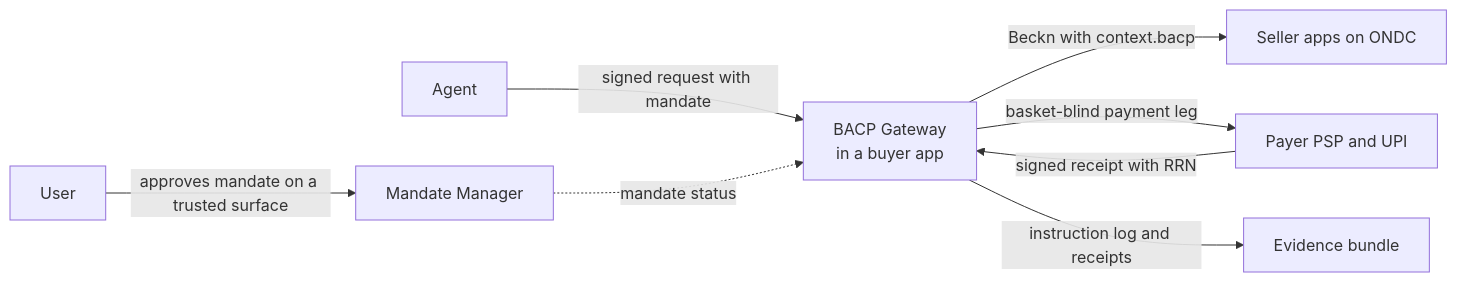
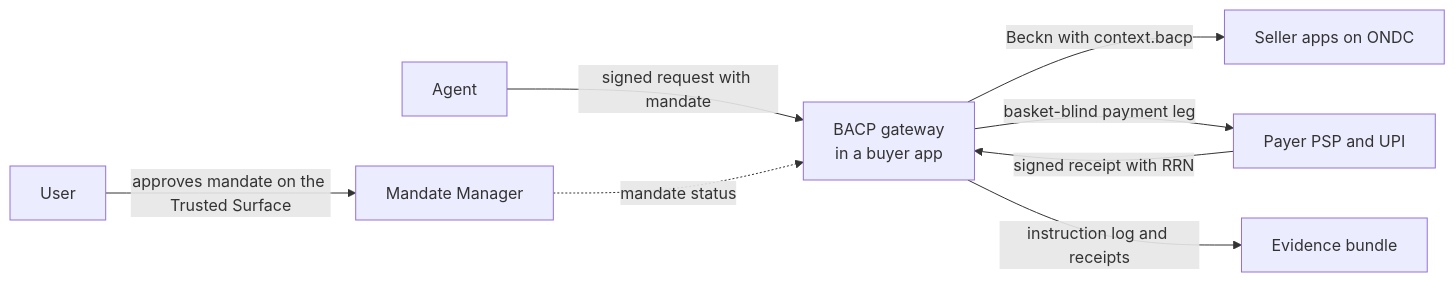
The diagram in docs/index.md (bacp-dev/bacp), drawn with Mermaid before and after one commit. The commit also changed other lines of this file and 63 other files, not shown here.

````diff
--- a/docs/index.md
+++ b/docs/index.md
@@ -102,10 +102,10 @@
 ```mermaid
 flowchart LR
-    U["User"] -->|"approves mandate on a trusted surface"| MM["Mandate Manager"]
-    A["Agent"] -->|"signed request with mandate"| G["BACP Gateway<br/>in a buyer app"]
+    U["User"] -->|"approves mandate on the Trusted Surface"| MM["Mandate Manager"]
+    A["Agent"] -->|"signed request with mandate"| G["BACP gateway<br/>in a buyer app"]
     MM -.->|"mandate status"| G
     G -->|"Beckn with context.bacp"| S["Seller apps on ONDC"]
     G -->|"basket-blind payment leg"| P["Payer PSP and UPI"]
     P -->|"signed receipt with RRN"| G
     G -->|"instruction log and receipts"| E["Evidence bundle"]
 ```
````
